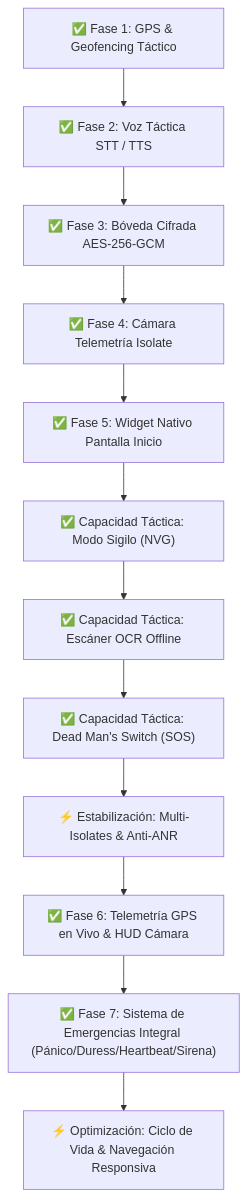
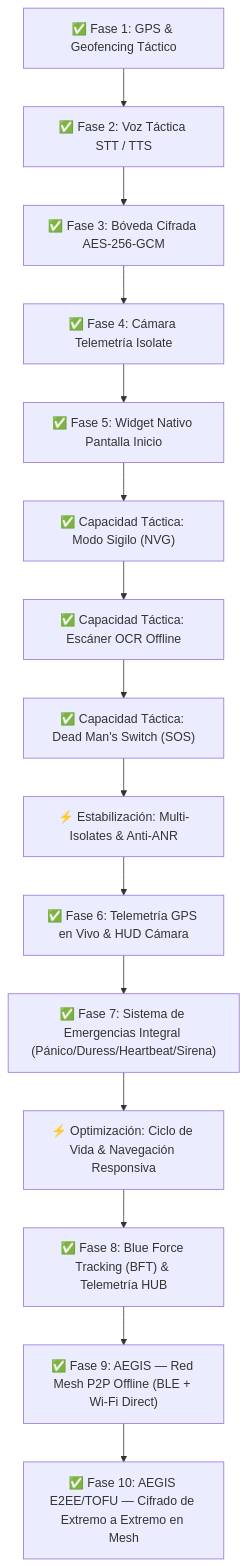
One commit to zuluetaulianov-eng/cobalto_mobile changed the diagram in README.md. Above: the diagram before and after it, drawn with Mermaid. The commit also changed other lines of this file and 27 other files, not shown here.

First line of the commit message:
release: v1.0.0 - AEGIS Mesh E2EE/TOFU + BFT + Security Hardening + Dependency Patches

````diff
--- a/README.md
+++ b/README.md
@@ -15,14 +17,17 @@
 ```mermaid
 graph TD
     A["✅ Fase 1: GPS & Geofencing Táctico"] --> B["✅ Fase 2: Voz Táctica STT / TTS"]
     B --> C["✅ Fase 3: Bóveda Cifrada AES-256-GCM"]
     C --> D["✅ Fase 4: Cámara Telemetría Isolate"]
     D --> E["✅ Fase 5: Widget Nativo Pantalla Inicio"]
     E --> F["✅ Capacidad Táctica: Modo Sigilo (NVG)"]
     F --> G["✅ Capacidad Táctica: Escáner OCR Offline"]
     G --> H["✅ Capacidad Táctica: Dead Man's Switch (SOS)"]
     H --> I["⚡ Estabilización: Multi-Isolates & Anti-ANR"]
     I --> J["✅ Fase 6: Telemetría GPS en Vivo & HUD Cámara"]
     J --> K["✅ Fase 7: Sistema de Emergencias Integral (Pánico/Duress/Heartbeat/Sirena)"]
     K --> L["⚡ Optimización: Ciclo de Vida & Navegación Responsiva"]
+    L --> M["✅ Fase 8: Blue Force Tracking (BFT) & Telemetría HUB"]
+    M --> N["✅ Fase 9: AEGIS — Red Mesh P2P Offline (BLE + Wi-Fi Direct)"]
+    N --> O["✅ Fase 10: AEGIS E2EE/TOFU — Cifrado de Extremo a Extremo en Mesh"]
 ```
````
